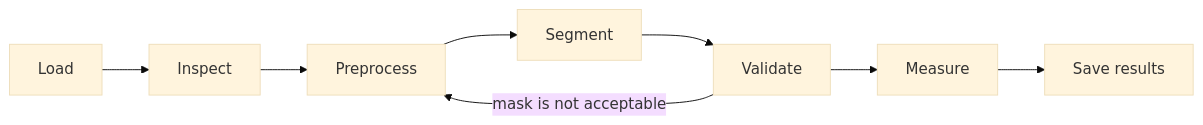
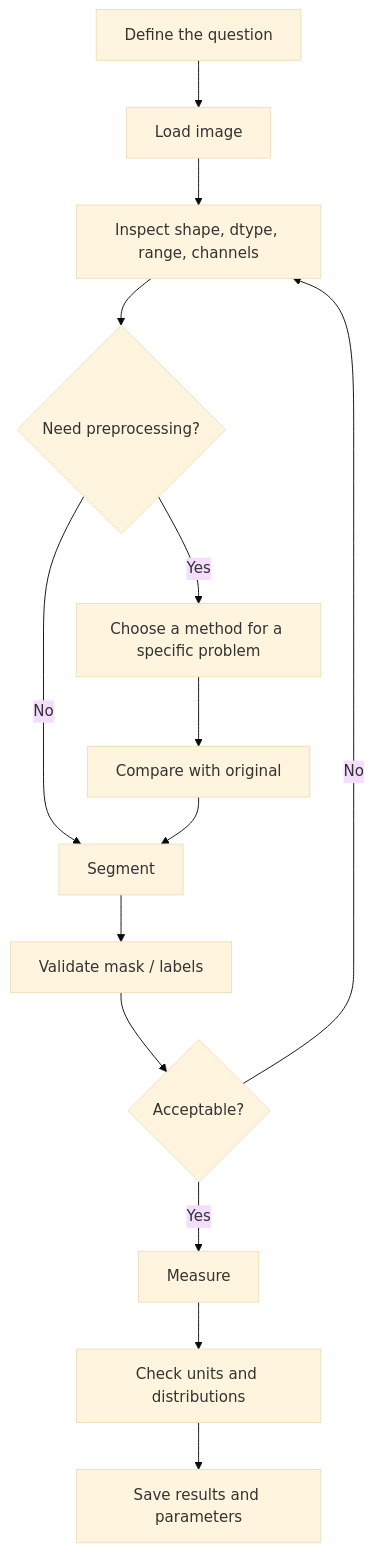
Before and after one commit to Mobarak-Karim/Basic_image_processing_pyhton: the second of 2 diagrams in README.md, drawn with Mermaid (base theme). The commit also changed other lines of this file, not shown here.

````diff
--- a/README.md
+++ b/README.md
@@ -104,10 +174,16 @@
 ```mermaid
-flowchart LR
-    A[Load] --> B[Inspect]
-    B --> C[Preprocess]
-    C --> D[Segment]
-    D --> E[Validate]
-    E --> F[Measure]
-    F --> G[Save results]
-    E -->|mask is not acceptable| C
+flowchart TD
+    A[Define the question] --> B[Load image]
+    B --> C[Inspect shape, dtype, range, channels]
+    C --> D{Need preprocessing?}
+    D -->|No| E[Segment]
+    D -->|Yes| F[Choose a method for a specific problem]
+    F --> G[Compare with original]
+    G --> E
+    E --> H[Validate mask / labels]
+    H --> I{Acceptable?}
+    I -->|No| C
+    I -->|Yes| J[Measure]
+    J --> K[Check units and distributions]
+    K --> L[Save results and parameters]
 ```
````
